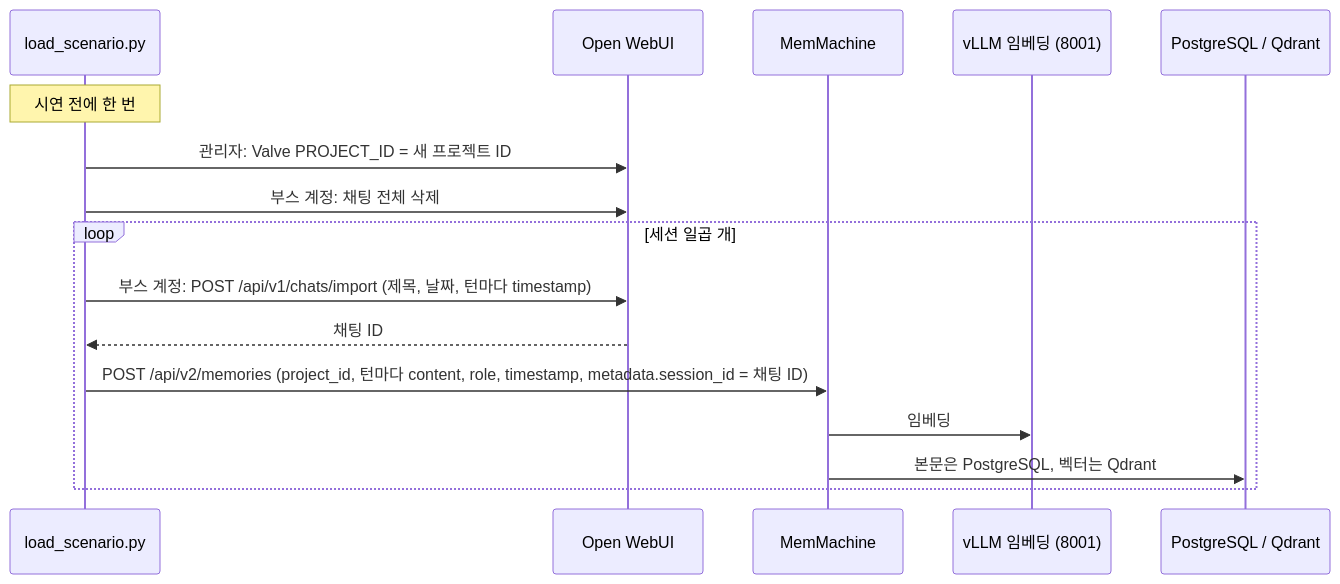
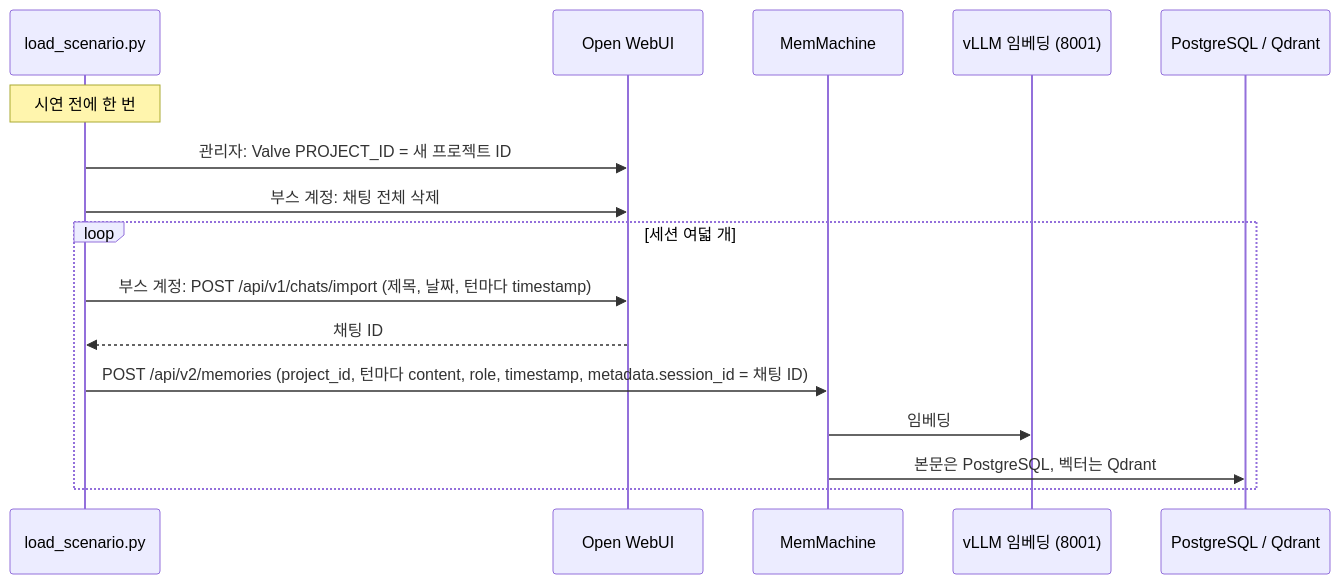
One commit to taejin-oh/MemMachine changed the fourth of 5 diagrams in docs/msr/ces2027_demo/architecture_2026-10-27.md. Above: the diagram before and after it, drawn with Mermaid. The commit also changed other lines of this file and 5 other files, not shown here.

````diff
--- a/docs/msr/ces2027_demo/architecture_2026-10-27.md
+++ b/docs/msr/ces2027_demo/architecture_2026-10-27.md
@@ -247,18 +247,18 @@
 ```mermaid
 sequenceDiagram
     participant S as load_scenario.py
     participant W as Open WebUI
     participant M as MemMachine
     participant E as vLLM 임베딩 (8001)
     participant D as PostgreSQL / Qdrant
     Note over S: 시연 전에 한 번
     S->>W: 관리자: Valve PROJECT_ID = 새 프로젝트 ID
     S->>W: 부스 계정: 채팅 전체 삭제
-    loop 세션 일곱 개
+    loop 세션 여덟 개
         S->>W: 부스 계정: POST /api/v1/chats/import (제목, 날짜, 턴마다 timestamp)
         W-->>S: 채팅 ID
         S->>M: POST /api/v2/memories (project_id, 턴마다 content, role, timestamp, metadata.session_id = 채팅 ID)
         M->>E: 임베딩
         M->>D: 본문은 PostgreSQL, 벡터는 Qdrant
     end
 ```
````
